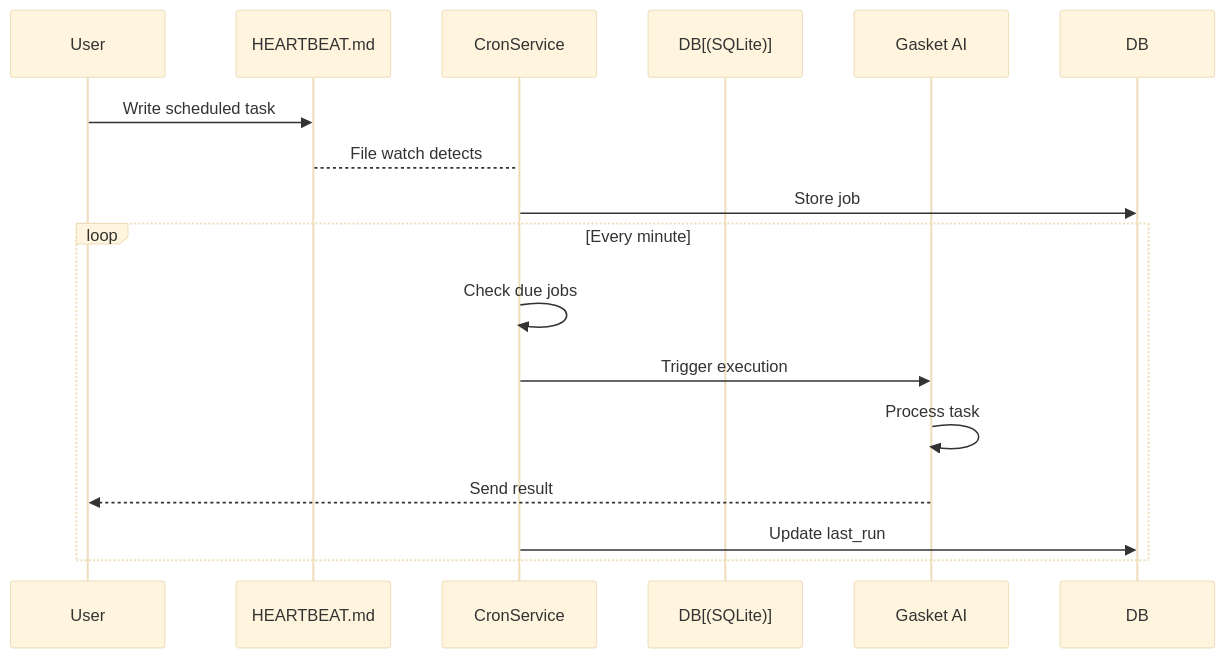
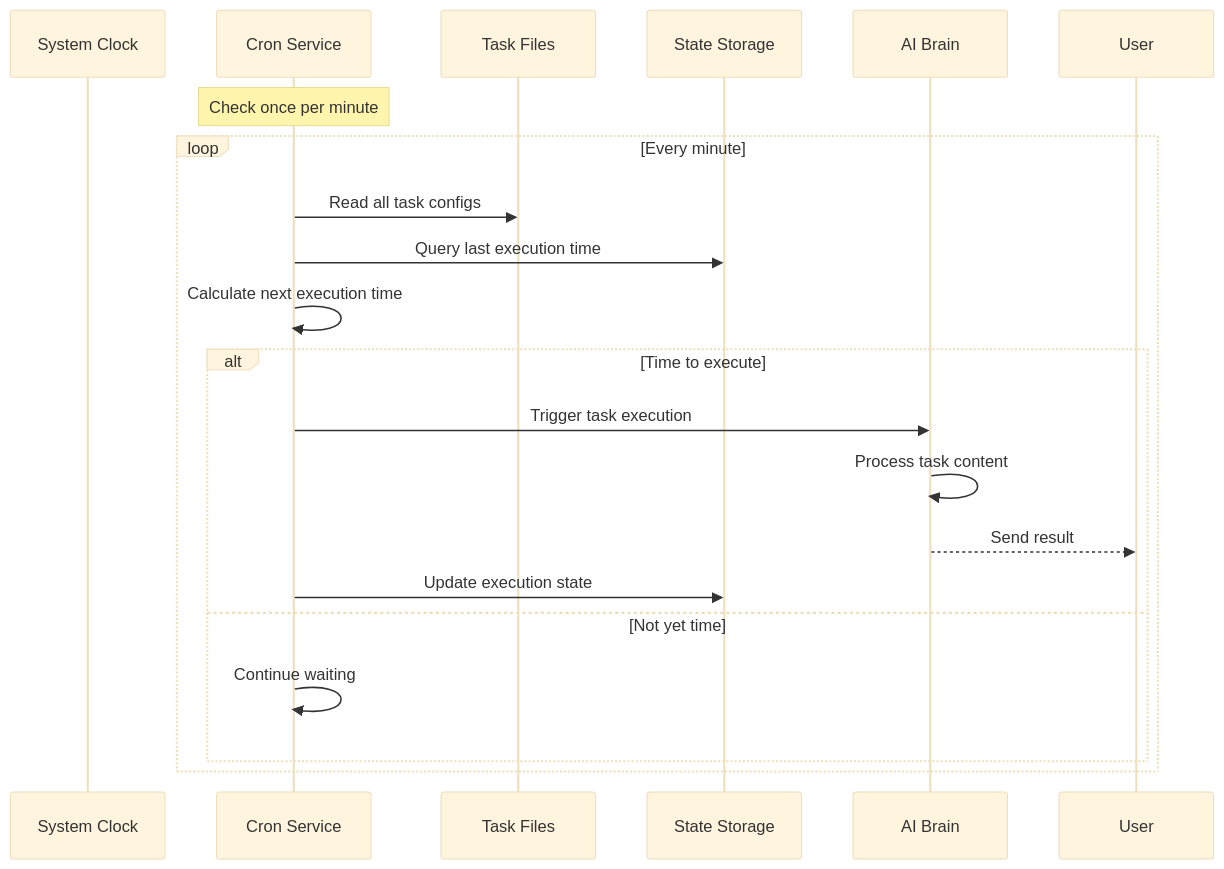
The eighth of 13 diagrams in docs/cron-en.md (yeheng/nanobot-rs), drawn with Mermaid (base theme) before and after one commit. The commit also changed other lines of this file and 35 other files, not shown here.

````diff
--- a/docs/cron-en.md
+++ b/docs/cron-en.md
@@ -38,20 +155,26 @@
 ```mermaid
 sequenceDiagram
-    participant User
-    participant HEARTBEAT as HEARTBEAT.md
-    participant Service as CronService
-    participant DB[(SQLite)]
-    participant AI as Gasket AI
-    
-    User->>HEARTBEAT: Write scheduled task
-    HEARTBEAT-->Service: File watch detects
-    Service->>DB: Store job
-    
+    participant Clock as System Clock
+    participant Cron as Cron Service
+    participant File as Task Files
+    participant DB as State Storage
+    participant AI as AI Brain
+    participant User as User
+
+    Note over Cron: Check once per minute
+
     loop Every minute
-        Service->>Service: Check due jobs
-        Service->>AI: Trigger execution
-        AI->>AI: Process task
-        AI-->>User: Send result
-        Service->>DB: Update last_run
+        Cron->>File: Read all task configs
+        Cron->>DB: Query last execution time
+        Cron->>Cron: Calculate next execution time
+
+        alt Time to execute
+            Cron->>AI: Trigger task execution
+            AI->>AI: Process task content
+            AI-->>User: Send result
+            Cron->>DB: Update execution state
+        else Not yet time
+            Cron->>Cron: Continue waiting
+        end
     end
 ```
````
